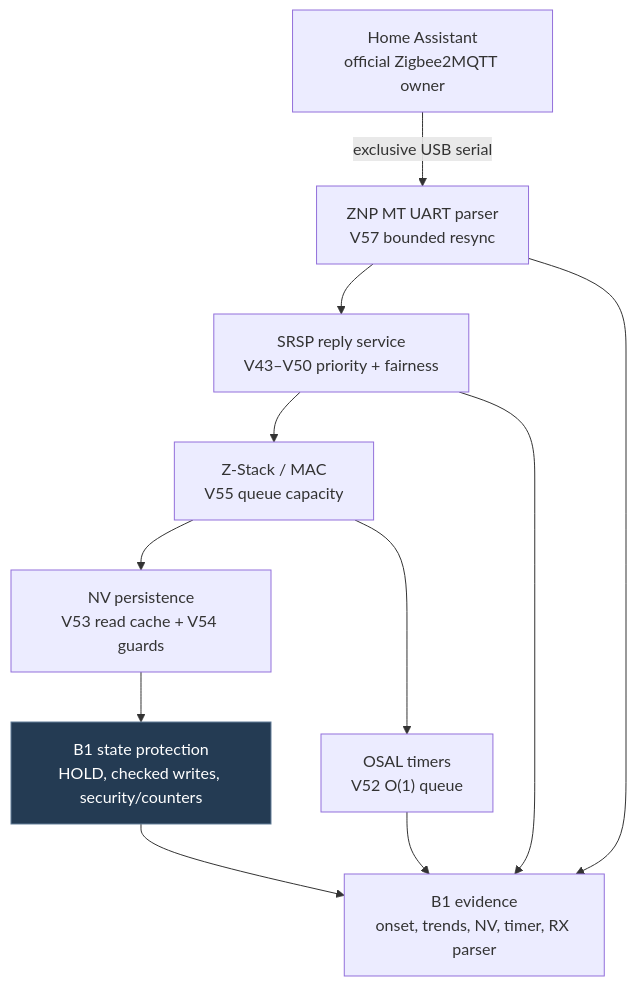
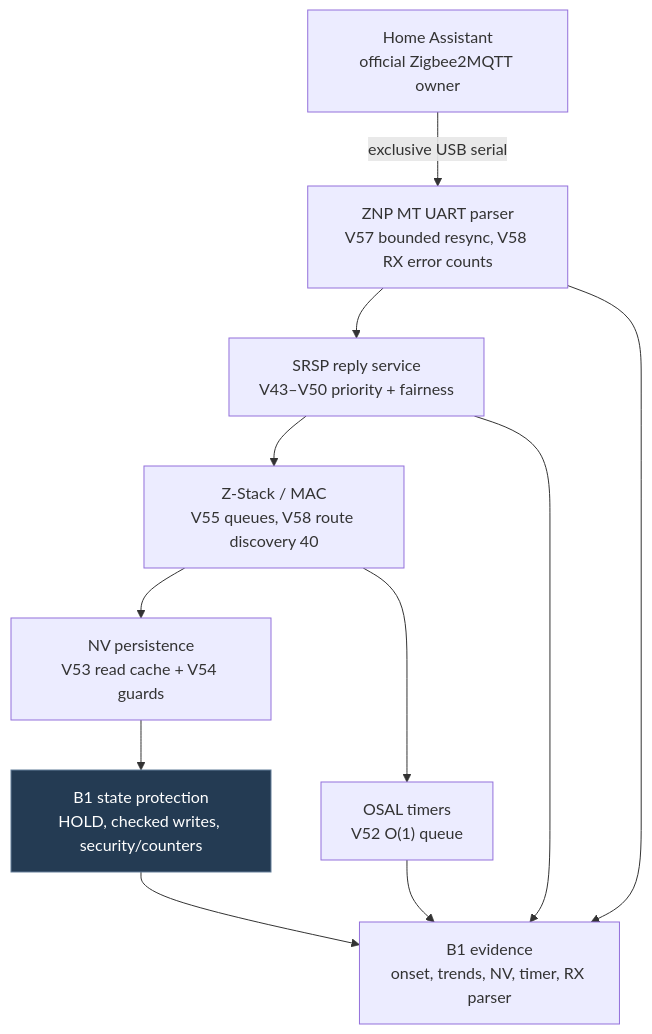
Before and after one commit to analienx/Zigbee-Coordinator: the diagram in docs/R4_VS_STOCK.md, drawn with Mermaid. The commit also changed other lines of this file and 5 other files, not shown here.

````diff
--- a/docs/R4_VS_STOCK.md
+++ b/docs/R4_VS_STOCK.md
@@ -13,15 +13,15 @@
 ```mermaid
 flowchart TB
-  HA["Home Assistant<br/>official Zigbee2MQTT owner"] -->|exclusive USB serial| MT["ZNP MT UART parser<br/>V57 bounded resync"]
+  HA["Home Assistant<br/>official Zigbee2MQTT owner"] -->|exclusive USB serial| MT["ZNP MT UART parser<br/>V57 bounded resync, V58 RX error counts"]
   MT --> SRSP["SRSP reply service<br/>V43–V50 priority + fairness"]
-  SRSP --> STACK["Z-Stack / MAC<br/>V55 queue capacity"]
+  SRSP --> STACK["Z-Stack / MAC<br/>V55 queues, V58 route discovery 40"]
   STACK --> NV["NV persistence<br/>V53 read cache + V54 guards"]
   STACK --> TIMERS["OSAL timers<br/>V52 O(1) queue"]
   NV --> B1["B1 state protection<br/>HOLD, checked writes, security/counters"]
   TIMERS --> TELEMETRY["B1 evidence<br/>onset, trends, NV, timer, RX parser"]
   SRSP --> TELEMETRY
   MT --> TELEMETRY
   B1 --> TELEMETRY
   classDef guard fill:#243b53,color:#fff,stroke:#627d98
   class B1 guard
 ```
````
